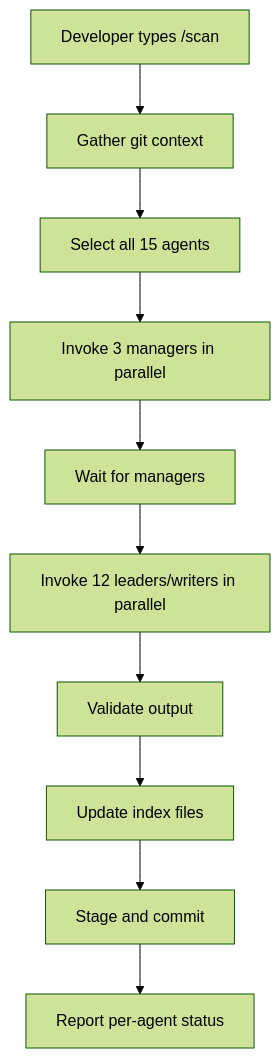
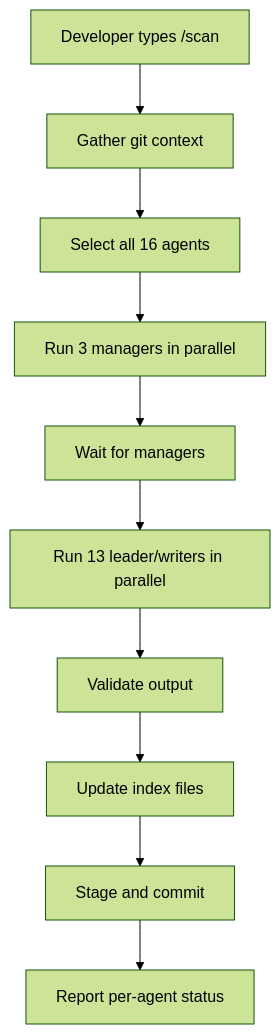
One commit to qmu/workaholic changed the fourth of 6 diagrams in .workaholic/specs/ux.md. Above: the diagram before and after it, drawn with Mermaid (forest theme). The commit also changed other lines of this file and 57 other files, not shown here.

````diff
--- a/.workaholic/specs/ux.md
+++ b/.workaholic/specs/ux.md
@@ -297,12 +351,12 @@
 ```mermaid
 flowchart TD
     Start["Developer types /scan"] --> Context["Gather git context"]
-    Context --> Select["Select all 15 agents"]
-    Select --> InvokeM["Invoke 3 managers in parallel"]
+    Context --> Select["Select all 16 agents"]
+    Select --> InvokeM["Run 3 managers in parallel"]
     InvokeM --> WaitM["Wait for managers"]
-    WaitM --> InvokeL["Invoke 12 leaders/writers in parallel"]
+    WaitM --> InvokeL["Run 13 leader/writers in parallel"]
     InvokeL --> Validate["Validate output"]
     Validate --> Index["Update index files"]
     Index --> Commit["Stage and commit"]
     Commit --> Report["Report per-agent status"]
 ```
````
